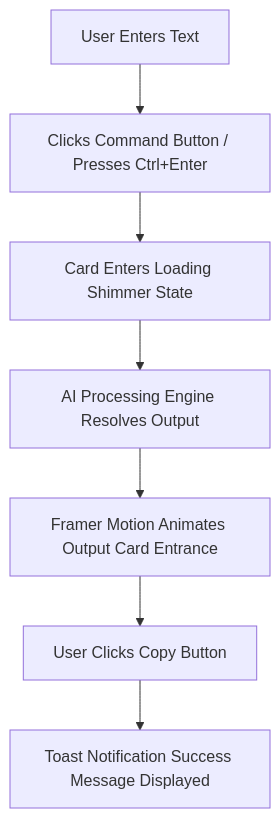
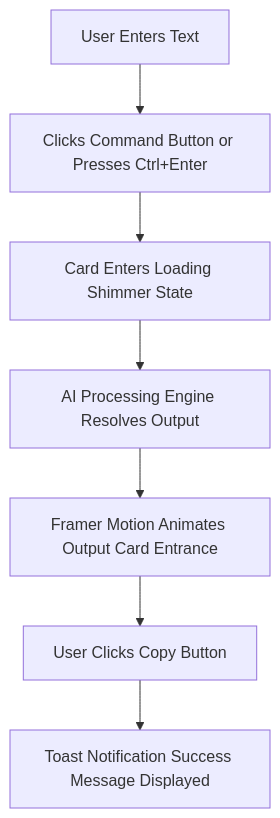
Before and after one commit to tanush326k/Smartnotes: the second of 7 diagrams in README.md, drawn with Mermaid. The commit also changed other lines of this file, not shown here.

Commit message:
docs: Fix Mermaid syntax to render perfectly on GitHub

````diff
--- a/README.md
+++ b/README.md
@@ -110,9 +106,9 @@
 ```mermaid
-flowchart TD
-    A[User Enters Text] --> B[Clicks Command Button / Presses Ctrl+Enter]
+graph TD
+    A[User Enters Text] --> B[Clicks Command Button or Presses Ctrl+Enter]
     B --> C[Card Enters Loading Shimmer State]
     C --> D[AI Processing Engine Resolves Output]
     D --> E[Framer Motion Animates Output Card Entrance]
     E --> F[User Clicks Copy Button]
     F --> G[Toast Notification Success Message Displayed]
 ```
````
